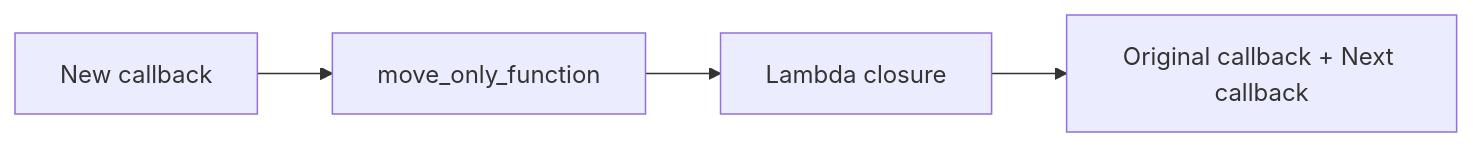
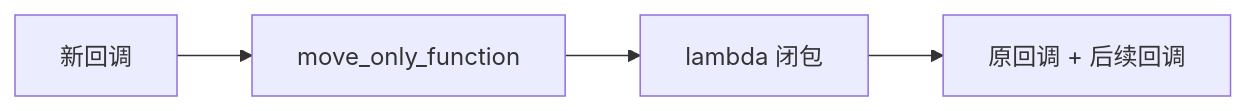
Before and after one commit to Awesome-Embedded-Learning-Studio/Tutorial_AwesomeModernCPP: the diagram in documents/en/vol9-open-source-project-learn/chrome/01_once_callback/hands_on/02-once-callback-implementation.md, drawn with Mermaid. The commit also changed other lines of this file and 388 other files, not shown here.

````diff
--- a/documents/en/vol9-open-source-project-learn/chrome/01_once_callback/hands_on/02-once-callback-implementation.md
+++ b/documents/en/vol9-open-source-project-learn/chrome/01_once_callback/hands_on/02-once-callback-implementation.md
@@ -333,4 +339,4 @@
 ```mermaid
 graph LR
-    A["New callback"] --> B["move_only_function"] --> C["Lambda closure"] --> D["Original callback + Next callback"]
+    A["新回调"] --> B["move_only_function"] --> C["lambda 闭包"] --> D["原回调 + 后续回调"]
 ```
````
